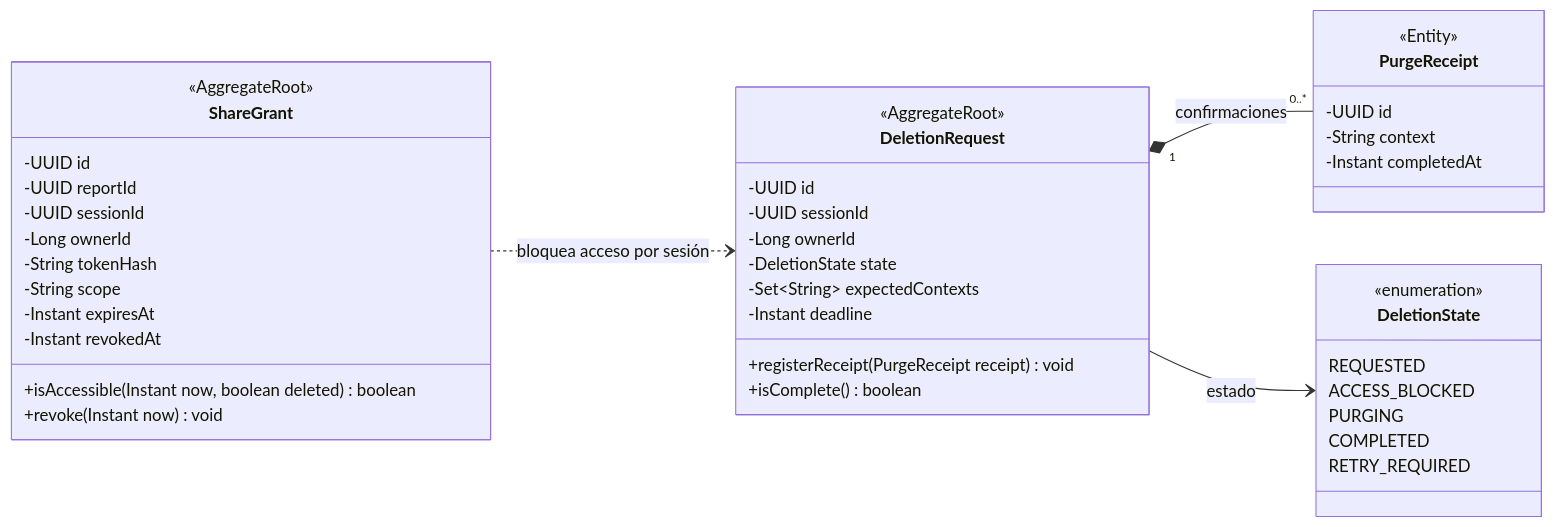
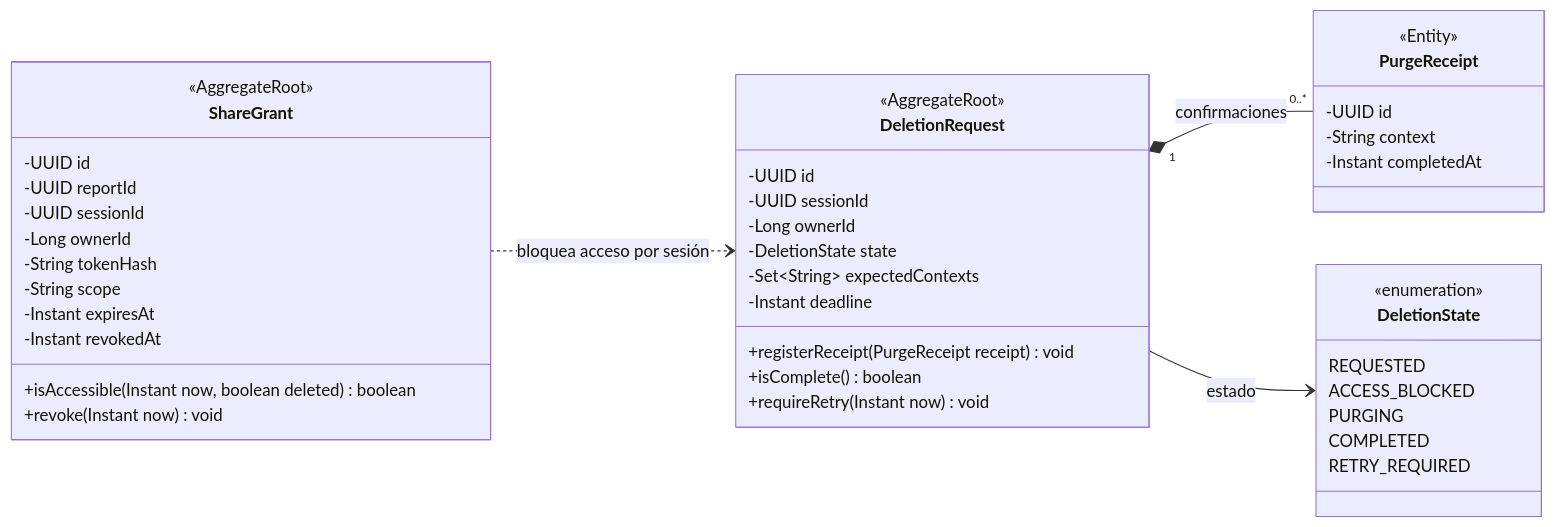
The diagram in assets/diagrams/tactical/06-sharing-retention-classes.mmd (upc-pre-202620-si728-16365-thropic/talki-project-report), drawn with Mermaid before and after one commit. The commit also changed 11 other files, not shown here.

```diff
--- a/assets/diagrams/tactical/06-sharing-retention-classes.mmd
+++ b/assets/diagrams/tactical/06-sharing-retention-classes.mmd
@@ -1,43 +1,44 @@
 classDiagram
  direction LR
 class ShareGrant {
   <<AggregateRoot>>
   -UUID id
   -UUID reportId
   -UUID sessionId
   -Long ownerId
   -String tokenHash
   -String scope
   -Instant expiresAt
   -Instant revokedAt
   +isAccessible(Instant now, boolean deleted) boolean
   +revoke(Instant now) void
 }
 class DeletionRequest {
   <<AggregateRoot>>
   -UUID id
   -UUID sessionId
   -Long ownerId
   -DeletionState state
   -Set~String~ expectedContexts
   -Instant deadline
   +registerReceipt(PurgeReceipt receipt) void
   +isComplete() boolean
+  +requireRetry(Instant now) void
 }
 class DeletionState {
   <<enumeration>>
   REQUESTED
   ACCESS_BLOCKED
   PURGING
   COMPLETED
   RETRY_REQUIRED
 }
 class PurgeReceipt {
   <<Entity>>
   -UUID id
   -String context
   -Instant completedAt
 }
 DeletionRequest "1" *-- "0..*" PurgeReceipt : confirmaciones
 DeletionRequest --> DeletionState : estado
 ShareGrant ..> DeletionRequest : bloquea acceso por sesión
```
